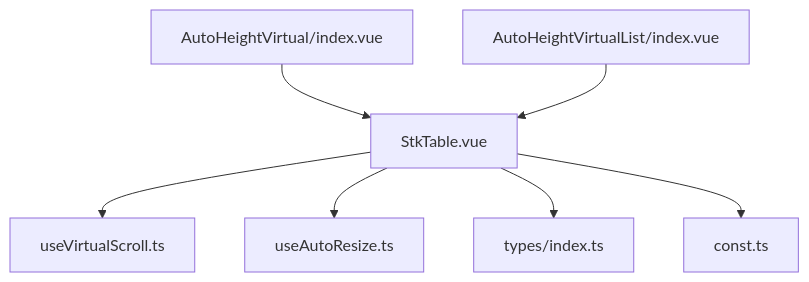
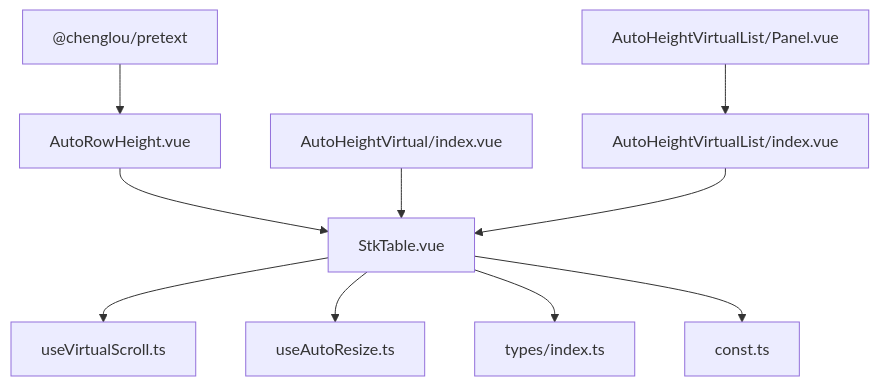
Before and after one commit to ja-plus/stk-table-vue: the first of 7 diagrams in .qoder/repowiki/en/content/Advanced Features/Virtual Scrolling/Auto-Height Virtual Scrolling.md, drawn with Mermaid. The commit also changed other lines of this file and 4 other files, not shown here.

````diff
--- a/.qoder/repowiki/en/content/Advanced Features/Virtual Scrolling/Auto-Height Virtual Scrolling.md
+++ b/.qoder/repowiki/en/content/Advanced Features/Virtual Scrolling/Auto-Height Virtual Scrolling.md
@@ -38,9 +51,12 @@
 ```mermaid
 graph TB
 STK["StkTable.vue"] --> VSC["useVirtualScroll.ts"]
 STK --> AR["useAutoResize.ts"]
 STK --> TYP["types/index.ts"]
 STK --> C["const.ts"]
+PRETEXT["@chenglou/pretext"] --> TEST["AutoRowHeight.vue"]
+TEST --> STK
 DEMO1["AutoHeightVirtual/index.vue"] --> STK
 DEMO2["AutoHeightVirtualList/index.vue"] --> STK
+DEMO3["AutoHeightVirtualList/Panel.vue"] --> DEMO2
 ```
````
